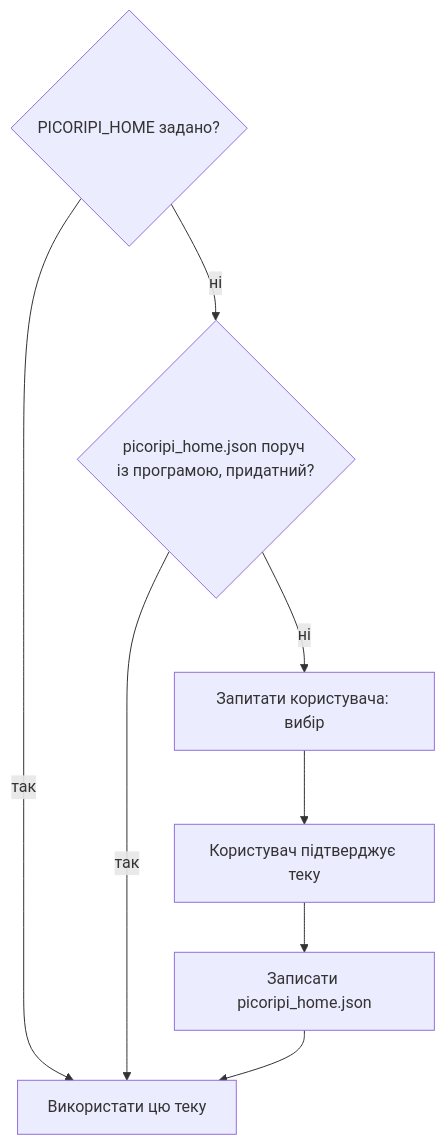
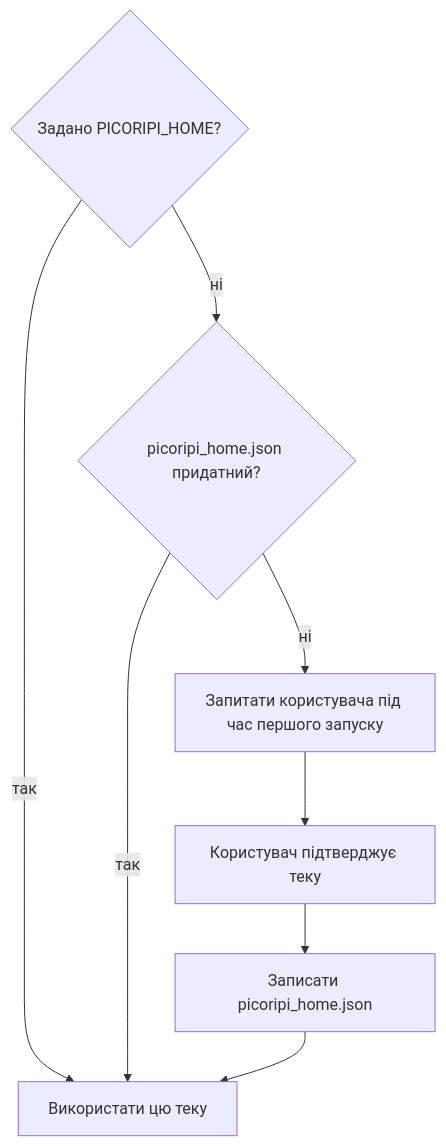
The diagram in docs/wiki/uk/4_Configuration_Guide.md (rashevskyv/Picoripi), drawn with Mermaid before and after one commit. The commit also changed other lines of this file and 54 other files, not shown here.

````diff
--- a/docs/wiki/uk/4_Configuration_Guide.md
+++ b/docs/wiki/uk/4_Configuration_Guide.md
@@ -105,10 +238,10 @@
 ```mermaid
 flowchart TD
-  A{PICORIPI_HOME задано?} -->|так| U[Використати цю теку]
-  A -->|ні| B{picoripi_home.json поруч із програмою, придатний?}
+  A{Задано PICORIPI_HOME?} -->|так| U[Використати цю теку]
+  A -->|ні| B{picoripi_home.json придатний?}
   B -->|так| U
-  B -->|ні| C[Запитати користувача: вибір]
+  B -->|ні| C[Запитати користувача під час першого запуску]
   C --> D[Користувач підтверджує теку]
   D --> W[Записати picoripi_home.json]
   W --> U
 ```
````
